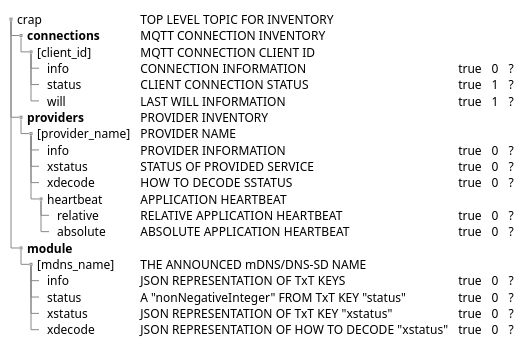
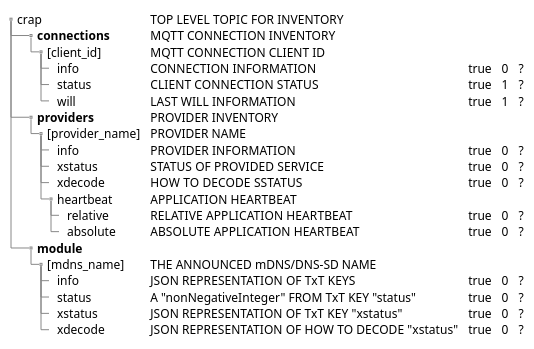
One commit to ITxPT/schematest changed the diagram in puml-linktest/crap.puml. Above: the diagram before and after it, drawn with PlantUML.

```diff
--- a/puml-linktest/crap.puml
+++ b/puml-linktest/crap.puml
@@ -1,30 +1,30 @@
 @startsalt (id=crap)
 'title test crap
 {
 {T
 ' test crap
-++ crap | TOP LEVEL TOPIC FOR INVENTORY
++ crap | TOP LEVEL TOPIC FOR INVENTORY
 +++ **connections** | MQTT CONNECTION INVENTORY
 ++++ [client_id] | MQTT CONNECTION CLIENT ID
 +++++ info | CONNECTION INFORMATION | true | 0 | ?
 +++++ status | CLIENT CONNECTION STATUS | true | 1 | ?
 +++++ will | LAST WILL INFORMATION | true | 1 | ?
 
 +++ **providers** | PROVIDER INVENTORY
 ++++ [provider_name] | PROVIDER NAME
 +++++ info | PROVIDER INFORMATION | true | 0 | ?
 +++++ xstatus | STATUS OF PROVIDED SERVICE | true | 0 | ?
 +++++ xdecode | HOW TO DECODE SSTATUS | true | 0 | ?
 +++++ heartbeat | APPLICATION HEARTBEAT
 ++++++ relative | RELATIVE APPLICATION HEARTBEAT | true | 0 | ?
 ++++++ absolute | ABSOLUTE APPLICATION HEARTBEAT | true | 0 | ?
 
 +++ **module**
 ++++ [mdns_name] | THE ANNOUNCED mDNS/DNS-SD NAME
 +++++ info | JSON REPRESENTATION OF TxT KEYS | true | 0 | ?
 +++++ status | A "nonNegativeInteger" FROM TxT KEY "status" | true | 0 | ?
 +++++ xstatus | JSON REPRESENTATION OF TxT KEY "xstatus" | true | 0 | ?
 +++++ xdecode | JSON REPRESENTATION OF HOW TO DECODE "xstatus" | true | 0 | ?
 }
 }
 @endsalt
```
